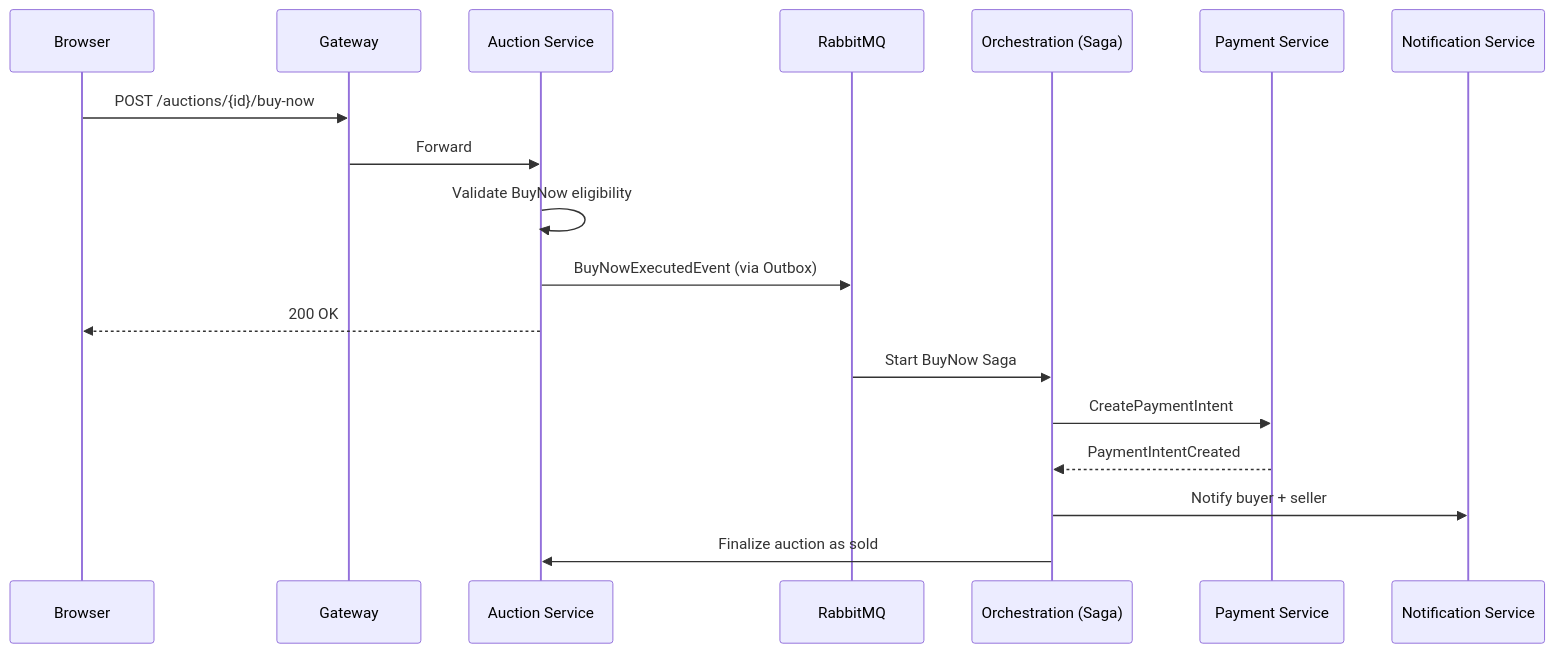
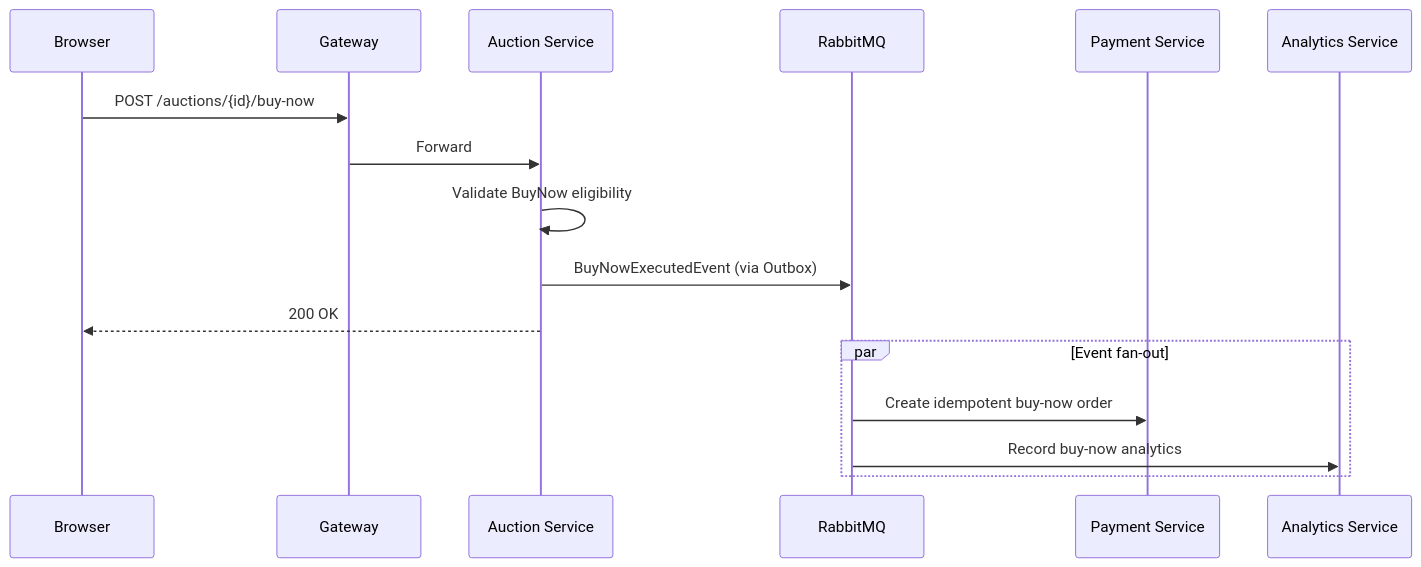
Before and after one commit to blanho/auction-platform-microservices: the fifth of 8 diagrams in README.md, drawn with Mermaid. The commit also changed other lines of this file and 5 other files, not shown here.

````diff
--- a/README.md
+++ b/README.md
@@ -321,22 +315,20 @@
 ```mermaid
 sequenceDiagram
     participant B as Browser
     participant GW as Gateway
     participant AUC as Auction Service
     participant MQ as RabbitMQ
-    participant ORC as Orchestration (Saga)
     participant PAY as Payment Service
-    participant NOT as Notification Service
+    participant ANA as Analytics Service
 
     B->>GW: POST /auctions/{id}/buy-now
     GW->>AUC: Forward
     AUC->>AUC: Validate BuyNow eligibility
     AUC->>MQ: BuyNowExecutedEvent (via Outbox)
     AUC-->>B: 200 OK
 
-    MQ->>ORC: Start BuyNow Saga
-    ORC->>PAY: CreatePaymentIntent
-    PAY-->>ORC: PaymentIntentCreated
-    ORC->>NOT: Notify buyer + seller
-    ORC->>AUC: Finalize auction as sold
+    par Event fan-out
+        MQ->>PAY: Create idempotent buy-now order
+        MQ->>ANA: Record buy-now analytics
+    end
 ```
````
